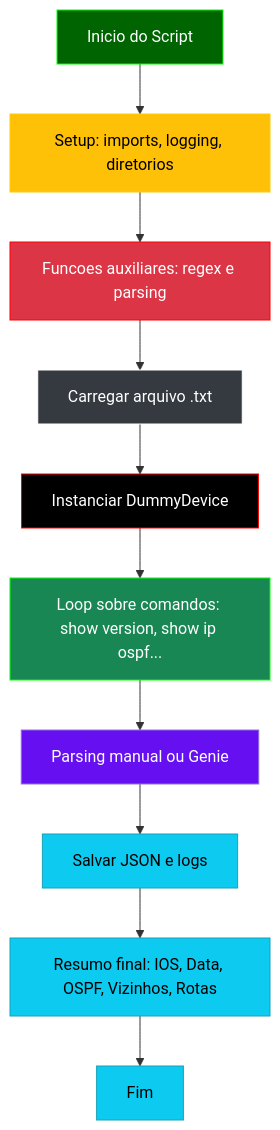
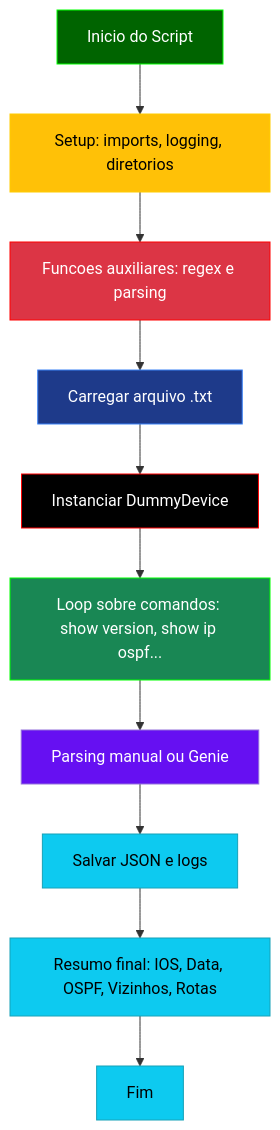
The third of 3 diagrams in CCNP 350-401 ENCOR/06 - Automation/20- Python - 14 - Parsing  Automatico - II/README.md (alcancil/Cisco), drawn with Mermaid before and after one commit.

Commit message:
Adicionado a pasta 20- Python - 14 - Parsing  Automatico - II

````diff
--- a/CCNP 350-401 ENCOR/06 - Automation/20- Python - 14 - Parsing  Automatico - II/README.md
+++ b/CCNP 350-401 ENCOR/06 - Automation/20- Python - 14 - Parsing  Automatico - II/README.md
@@ -708,24 +708,24 @@
 ```mermaid
 flowchart TD
     A[Inicio do Script] --> B[Setup: imports, logging, diretorios]
     B --> C[Funcoes auxiliares: regex e parsing]
     C --> D[Carregar arquivo .txt]
     D --> E[Instanciar DummyDevice]
     E --> F[Loop sobre comandos: show version, show ip ospf...]
     F --> G[Parsing manual ou Genie]
     G --> H[Salvar JSON e logs]
     H --> I[Resumo final: IOS, Data, OSPF, Vizinhos, Rotas]
     I --> J[Fim]
 
 style A fill:#006400,stroke:#00ff00,color:#ffffff 
 style B fill:#ffc107,stroke:#ffcc00,color:#000000
 style C fill:#dc3545,stroke:#ff0000,color:#ffffff
 style D fill:#1e3a8a,stroke:#3b82f6,color:#ffffff
-style D fill:#343a40,stroke:#ffffff,color:#ffffff
+
 style E fill:#000000,stroke:#ff0000,color:#ffffff
 style F fill:#198754,stroke:#00ff00,color:#ffffff
 style G fill:#6610f2,stroke:#9370DB,color:#ffffff
 style H fill:#0dcaf0,stroke:#17a2b8,color:#000000
 style I fill:#0dcaf0,stroke:#17a2b8,color:#000000
 style J fill:#0dcaf0,stroke:#17a2b8,color:#000000
 ```
````
